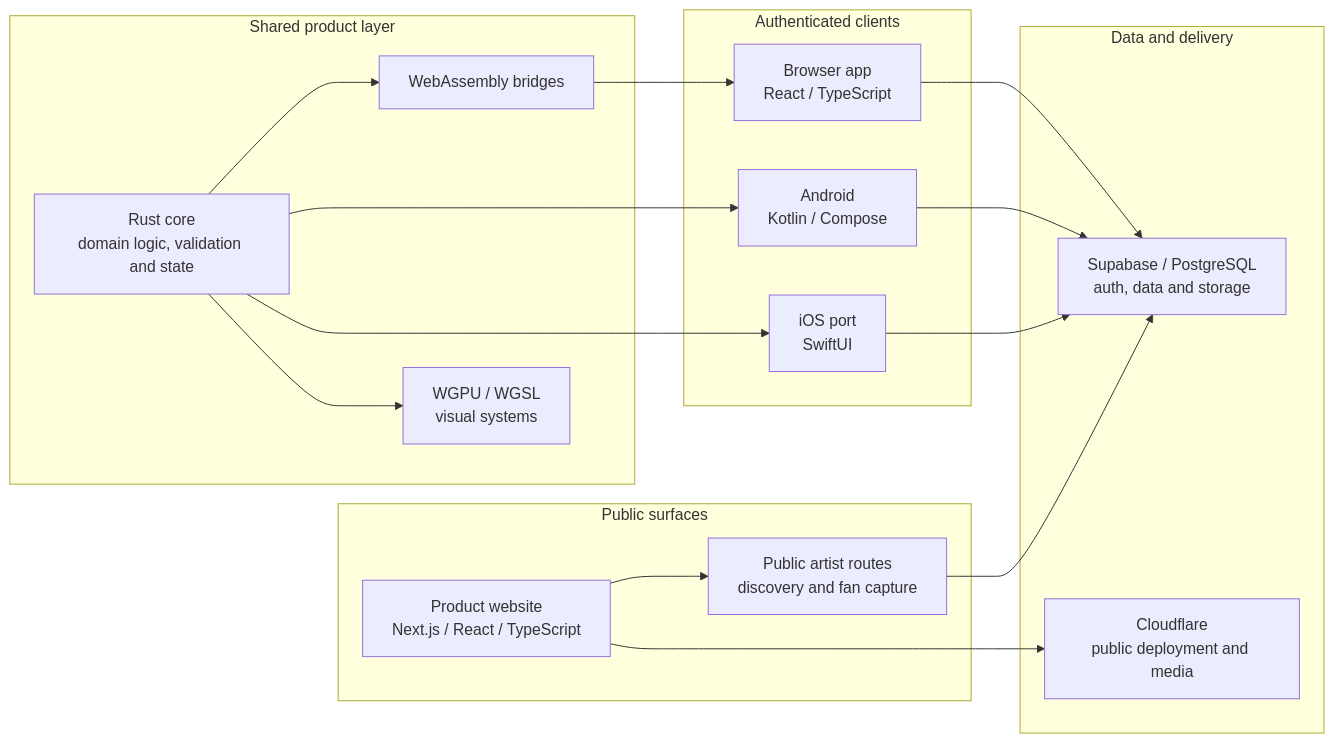
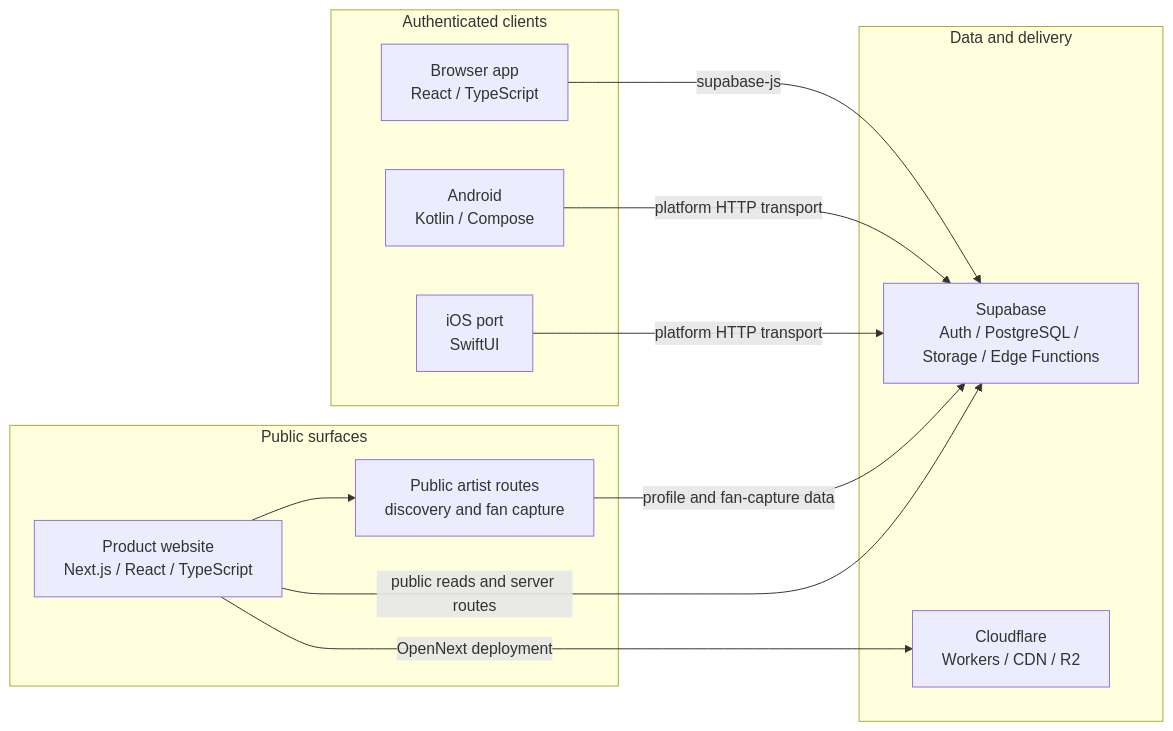
One commit to alecrees/metopus-product-case-study changed the first of 2 diagrams in docs/02-public-architecture.md. Above: the diagram before and after it, drawn with Mermaid. The commit also changed other lines of this file and 1 other file, not shown here.

Commit message:
Correct public architecture diagrams

````diff
--- a/docs/02-public-architecture.md
+++ b/docs/02-public-architecture.md
@@ -7,36 +7,26 @@
 ```mermaid
 flowchart LR
     subgraph Public["Public surfaces"]
         Site["Product website<br/>Next.js / React / TypeScript"]
         Profiles["Public artist routes<br/>discovery and fan capture"]
     end
 
     subgraph Clients["Authenticated clients"]
         Web["Browser app<br/>React / TypeScript"]
         Android["Android<br/>Kotlin / Compose"]
         IOS["iOS port<br/>SwiftUI"]
     end
 
-    subgraph Shared["Shared product layer"]
-        Rust["Rust core<br/>domain logic, validation and state"]
-        Graphics["WGPU / WGSL<br/>visual systems"]
-        Wasm["WebAssembly bridges"]
-    end
-
     subgraph Platform["Data and delivery"]
-        Supabase["Supabase / PostgreSQL<br/>auth, data and storage"]
-        Cloudflare["Cloudflare<br/>public deployment and media"]
+        Supabase["Supabase<br/>Auth / PostgreSQL / Storage / Edge Functions"]
+        Cloudflare["Cloudflare<br/>Workers / CDN / R2"]
     end
 
     Site --> Profiles
-    Profiles --> Supabase
-    Site --> Cloudflare
-    Rust --> Wasm
-    Wasm --> Web
-    Rust --> Android
-    Rust --> IOS
-    Rust --> Graphics
-    Web --> Supabase
-    Android --> Supabase
-    IOS --> Supabase
+    Site -->|public reads and server routes| Supabase
+    Profiles -->|profile and fan-capture data| Supabase
+    Site -->|OpenNext deployment| Cloudflare
+    Web -->|supabase-js| Supabase
+    Android -->|platform HTTP transport| Supabase
+    IOS -->|platform HTTP transport| Supabase
 ```
````
